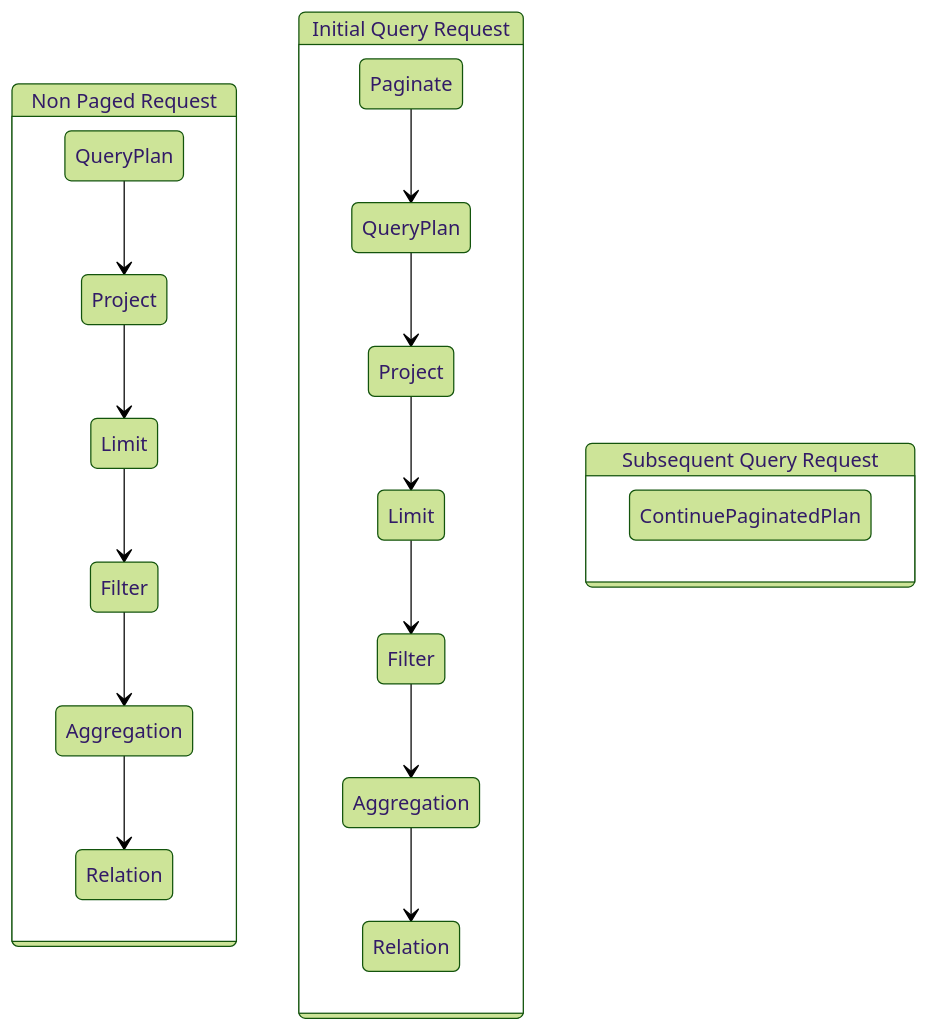
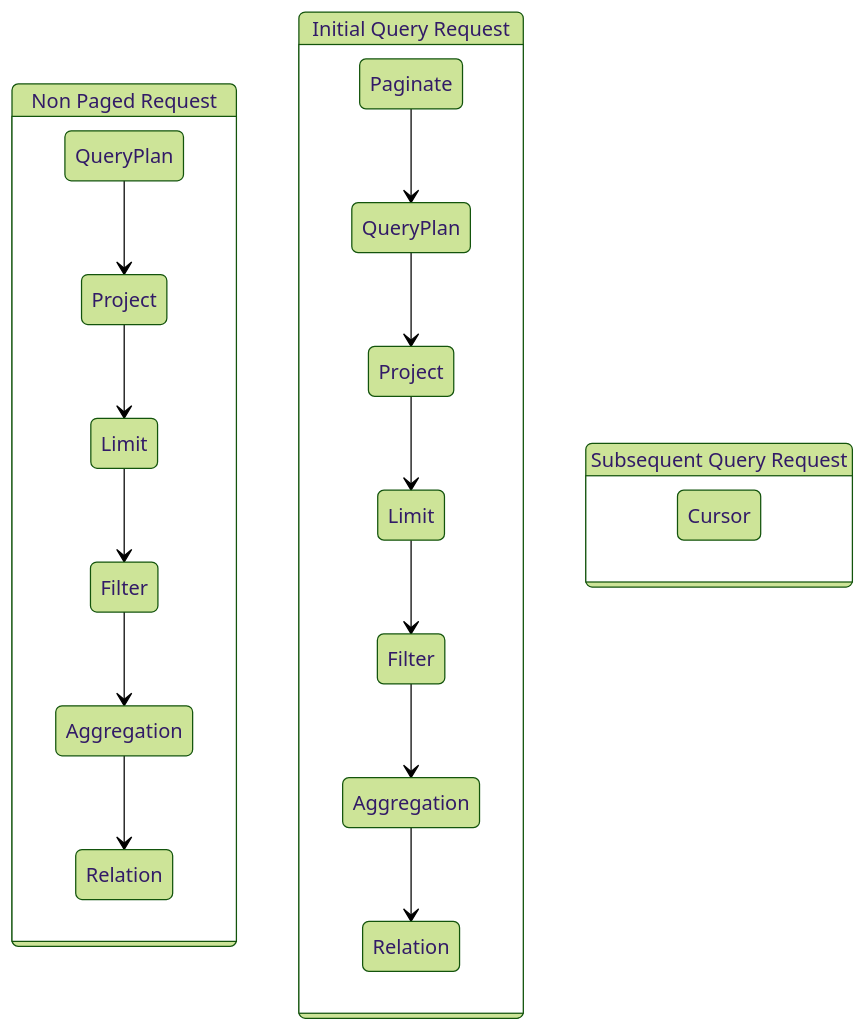
Before and after one commit to opensearch-project/sql: the fifth of 18 diagrams in docs/dev/Pagination-v2.md, drawn with Mermaid (forest theme). The commit also changed other lines of this file, not shown here.

````diff
--- a/docs/dev/Pagination-v2.md
+++ b/docs/dev/Pagination-v2.md
@@ -240,37 +211,37 @@
 ```mermaid
 stateDiagram-v2
   state "Non Paged Request" as NonPaged {
     state "QueryPlan" as QueryPlanNP
     state "Project" as ProjectNP
     state "Limit" as LimitNP
     state "Filter" as FilterNP
     state "Aggregation" as AggregationNP
     state "Relation" as RelationNP
 
     QueryPlanNP --> ProjectNP
     ProjectNP --> LimitNP
     LimitNP --> FilterNP
     FilterNP --> AggregationNP
     AggregationNP --> RelationNP
   }
 
   state "Initial Query Request" as Paged {
     state "QueryPlan" as QueryPlanIP
     state "Project" as ProjectIP
     state "Limit" as LimitIP
     state "Filter" as FilterIP
     state "Aggregation" as AggregationIP
     state "Relation" as RelationIP
 
     Paginate --> QueryPlanIP
     QueryPlanIP --> ProjectIP
     ProjectIP --> LimitIP
     LimitIP --> FilterIP
     FilterIP --> AggregationIP
     AggregationIP --> RelationIP
   }
 
   state "Subsequent Query Request" As Sub {
-    ContinuePaginatedPlan
+    Cursor
   }
 ```
````
